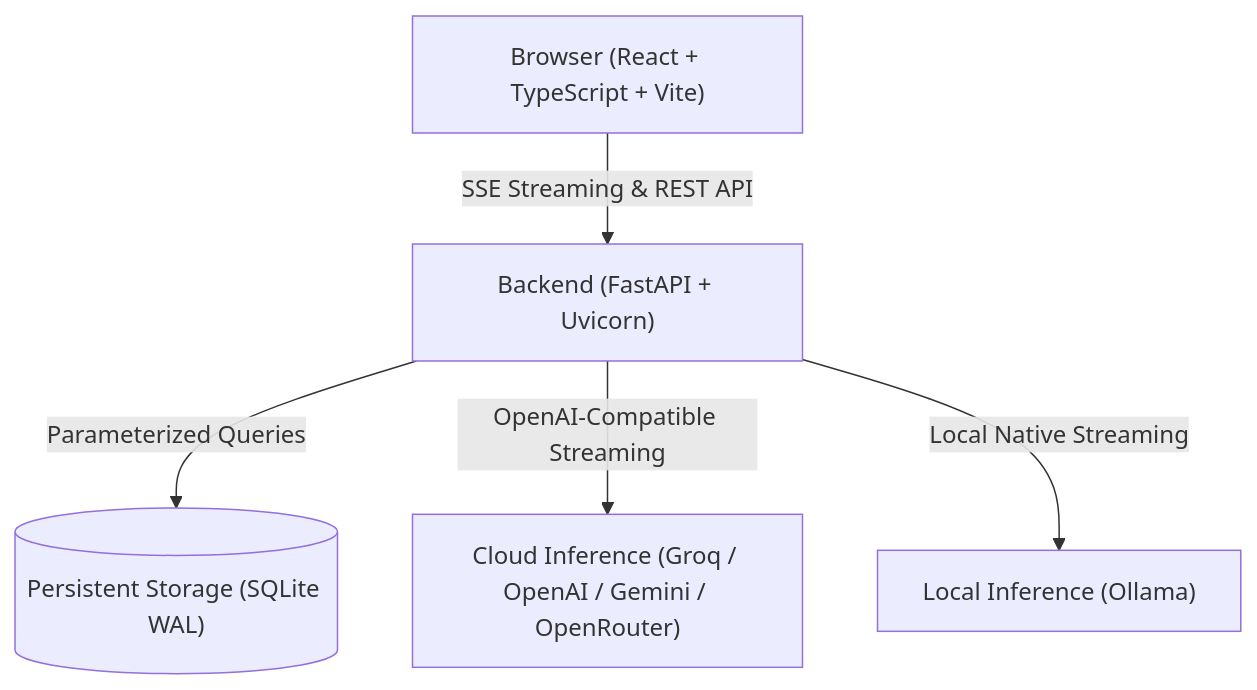
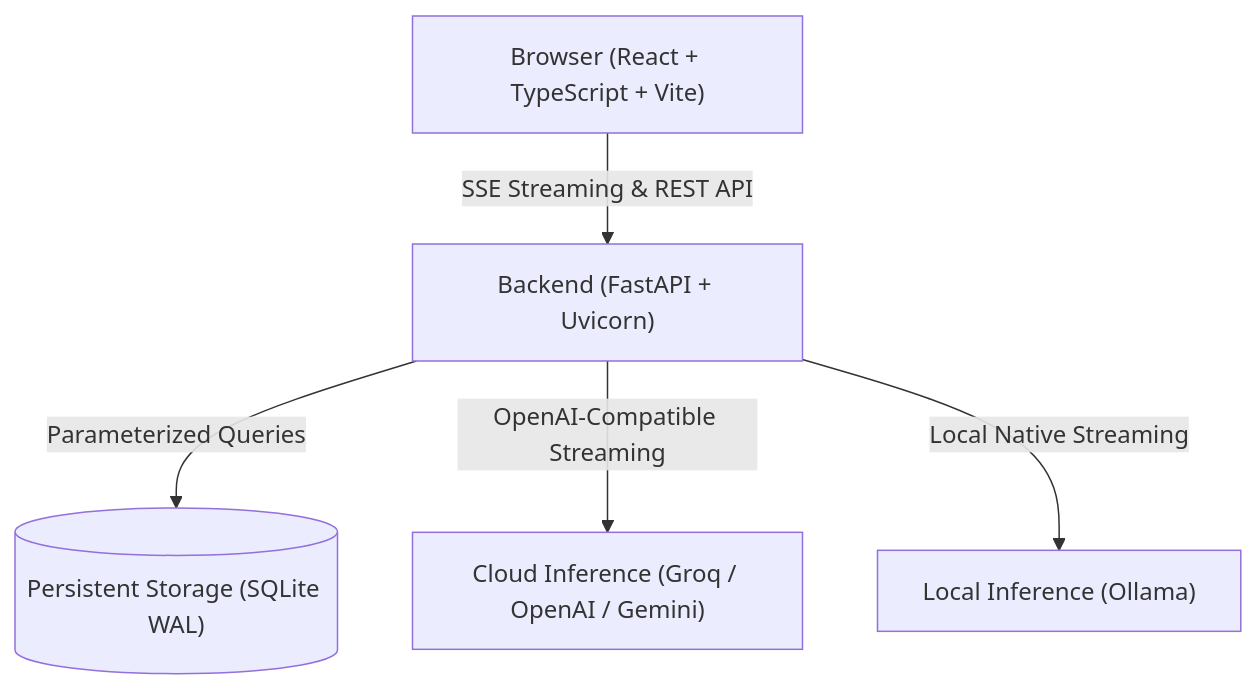
One commit to Tishal68/Forma-chatbot changed the diagram in README.md. Above: the diagram before and after it, drawn with Mermaid. The commit also changed other lines of this file and 12 other files, not shown here.

First line of the commit message:
Remove OpenRouter and verify compatible Auto failover

````diff
--- a/README.md
+++ b/README.md
@@ -34,13 +33,13 @@
 ```mermaid
 graph TD
     Client["Browser (React + TypeScript + Vite)"]
     FastAPI["Backend (FastAPI + Uvicorn)"]
     SQLite[("Persistent Storage (SQLite WAL)")]
-    CloudLLM["Cloud Inference (Groq / OpenAI / Gemini / OpenRouter)"]
+    CloudLLM["Cloud Inference (Groq / OpenAI / Gemini)"]
     LocalLLM["Local Inference (Ollama)"]
 
     Client -- "SSE Streaming & REST API" --> FastAPI
     FastAPI -- "Parameterized Queries" --> SQLite
     FastAPI -- "OpenAI-Compatible Streaming" --> CloudLLM
     FastAPI -- "Local Native Streaming" --> LocalLLM
 ```
````
